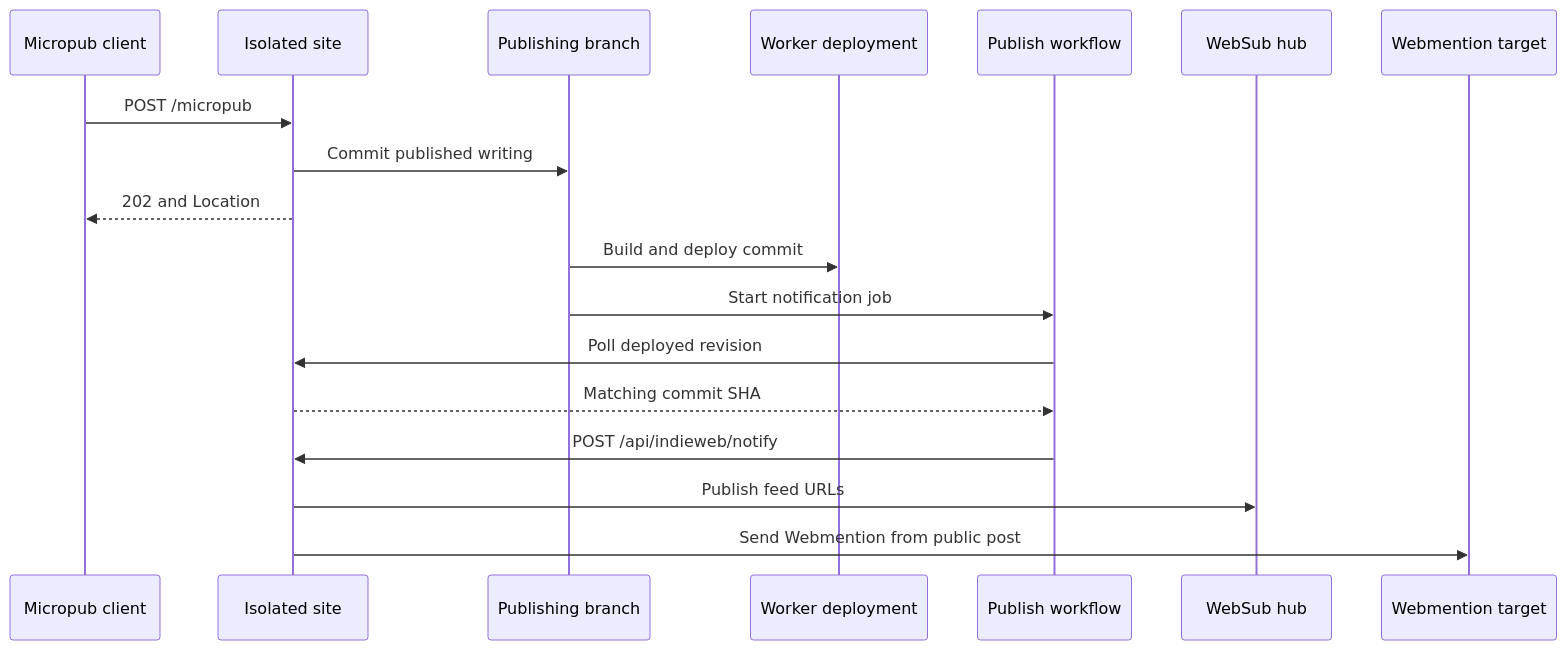
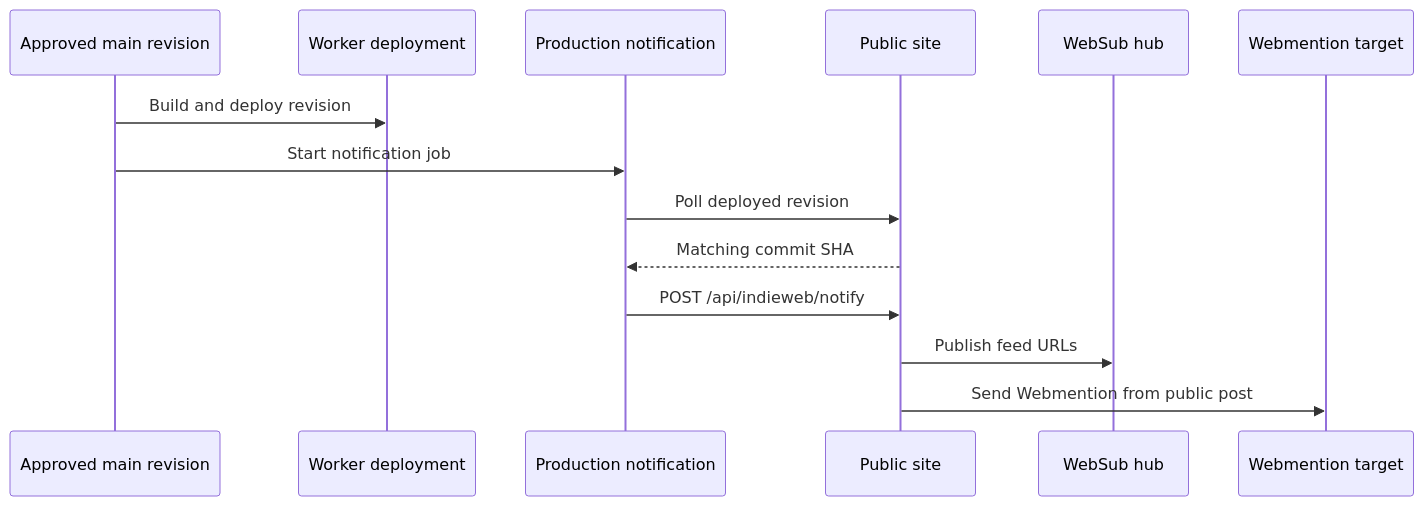
One commit to WillieCubed/website changed the diagram in docs/guides/publishing/indieweb-testing.md. Above: the diagram before and after it, drawn with Mermaid. The commit also changed other lines of this file and 25 other files, not shown here.

````diff
--- a/docs/guides/publishing/indieweb-testing.md
+++ b/docs/guides/publishing/indieweb-testing.md
@@ -79,20 +144,16 @@
 ```mermaid
 sequenceDiagram
-    participant Client as Micropub client
-    participant Site as Isolated site
-    participant GitHub as Publishing branch
+    participant GitHub as Approved main revision
     participant Cloudflare as Worker deployment
-    participant Workflow as Publish workflow
+    participant Workflow as Production notification
+    participant Site as Public site
     participant Hub as WebSub hub
     participant Target as Webmention target
-    Client->>Site: POST /micropub
-    Site->>GitHub: Commit published writing
-    Site-->>Client: 202 and Location
-    GitHub->>Cloudflare: Build and deploy commit
+    GitHub->>Cloudflare: Build and deploy revision
     GitHub->>Workflow: Start notification job
     Workflow->>Site: Poll deployed revision
     Site-->>Workflow: Matching commit SHA
     Workflow->>Site: POST /api/indieweb/notify
     Site->>Hub: Publish feed URLs
     Site->>Target: Send Webmention from public post
 ```
````
